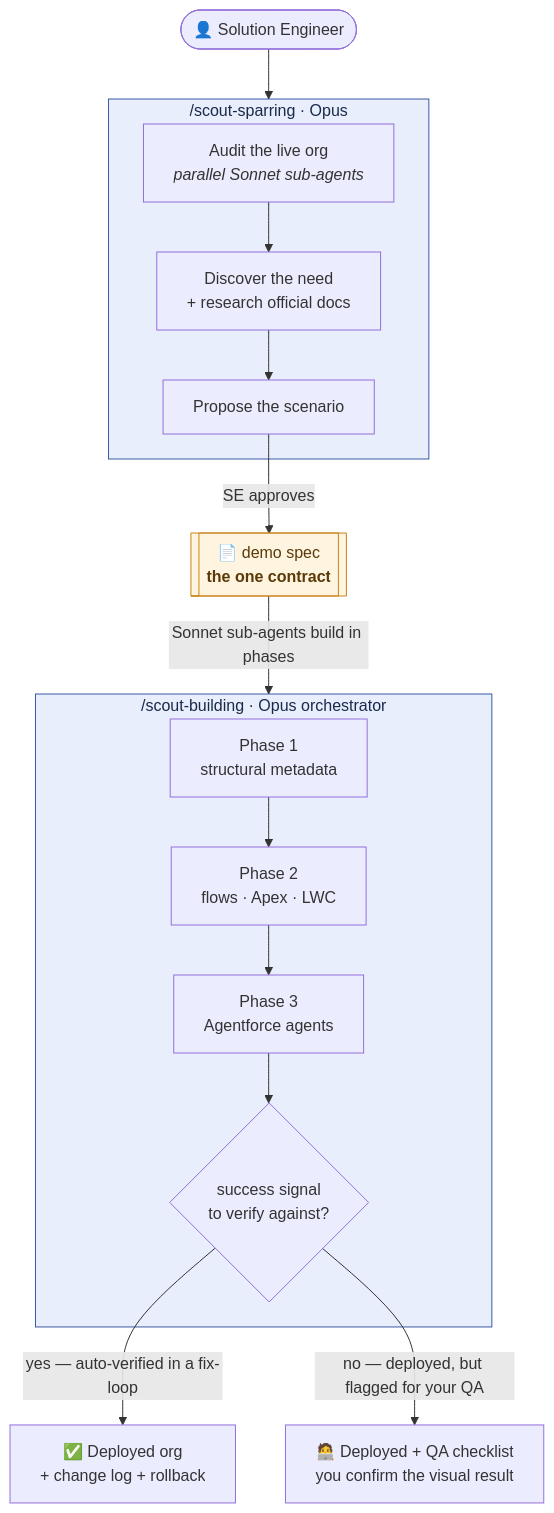
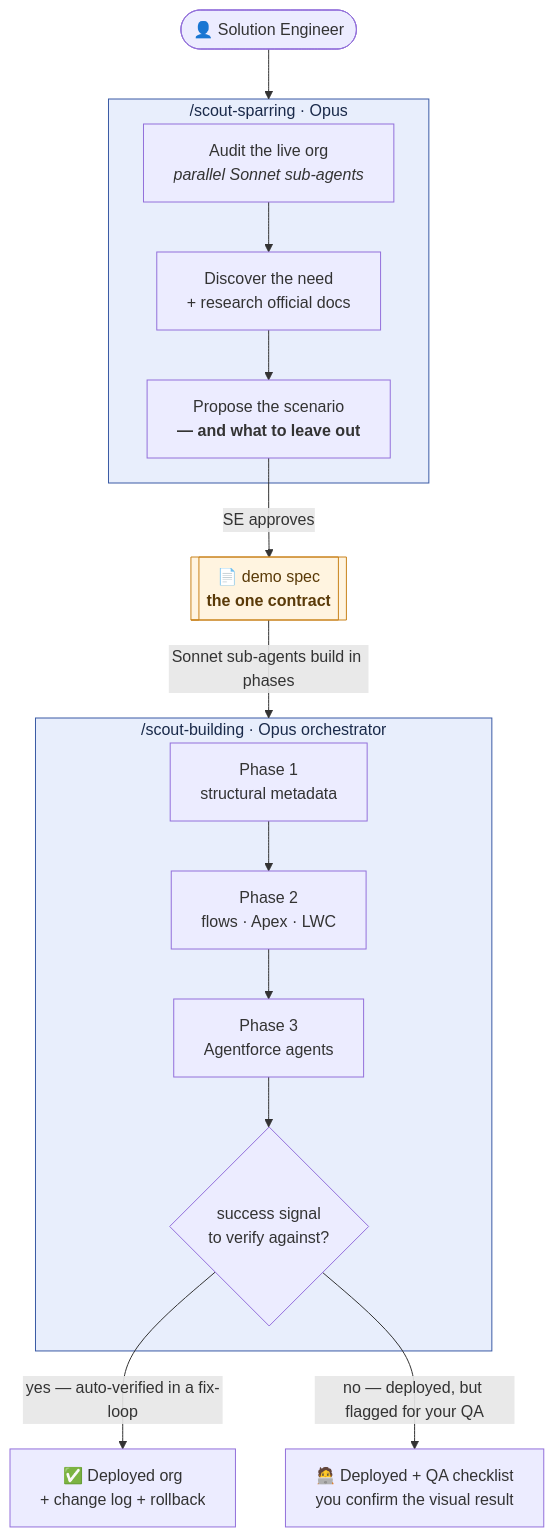
One commit to seb-schi/sf-demo-scout changed the diagram in README.md. Above: the diagram before and after it, drawn with Mermaid. The commit also changed other lines of this file, not shown here.

First line of the commit message:
README: reframe build section around SE judgment + fix mermaid labels

````diff
--- a/README.md
+++ b/README.md
@@ -43,35 +44,45 @@
 ```mermaid
 flowchart TD
     SE(["👤 Solution Engineer"])
 
     subgraph SPAR["/scout-sparring · Opus"]
-        A["Audit the live org<br/><i>parallel Sonnet sub-agents</i>"]
-        D["Discover the need<br/>+ research official docs"]
-        P["Propose the scenario"]
+        A["`Audit the live org
+_parallel Sonnet sub-agents_`"]
+        D["`Discover the need
++ research official docs`"]
+        P["`Propose the scenario
+**— and what to leave out**`"]
         A --> D --> P
     end
 
-    SPEC[["📄 demo spec<br/><b>the one contract</b>"]]
+    SPEC[["`📄 demo spec
+**the one contract**`"]]
 
     subgraph BUILD["/scout-building · Opus orchestrator"]
-        S1["Phase 1<br/>structural metadata"]
-        S2["Phase 2<br/>flows · Apex · LWC"]
-        S3["Phase 3<br/>Agentforce agents"]
-        G{"success signal<br/>to verify against?"}
+        S1["`Phase 1
+structural metadata`"]
+        S2["`Phase 2
+flows · Apex · LWC`"]
+        S3["`Phase 3
+Agentforce agents`"]
+        G{"`success signal
+to verify against?`"}
         S1 --> S2 --> S3 --> G
     end
 
-    OUT["✅ Deployed org<br/>+ change log + rollback"]
-    MAN["🧑‍💻 Deployed + QA checklist<br/>you confirm the visual result"]
+    OUT["`✅ Deployed org
++ change log + rollback`"]
+    MAN["`🧑‍💻 Deployed + QA checklist
+you confirm the visual result`"]
 
     SE --> SPAR
     P -->|"SE approves"| SPEC
     SPEC -->|"Sonnet sub-agents build in phases"| BUILD
     G -->|"yes — auto-verified in a fix-loop"| OUT
     G -->|"no — deployed, but flagged for your QA"| MAN
 
     classDef opus fill:#e8eefc,stroke:#3b5ba5,color:#1a2a4a;
     classDef contract fill:#fff4e0,stroke:#c9821a,color:#5a3a08;
     class SPAR,BUILD opus;
     class SPEC contract;
 ```
````
